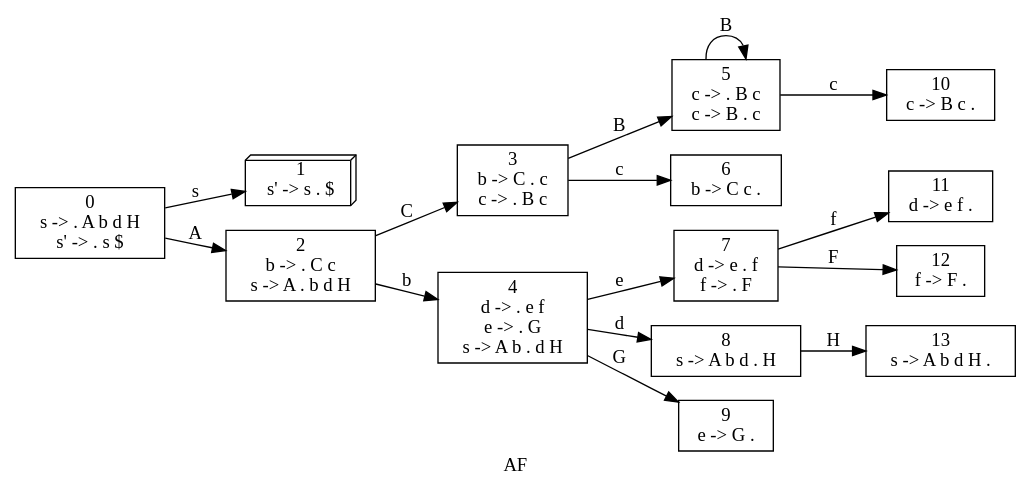
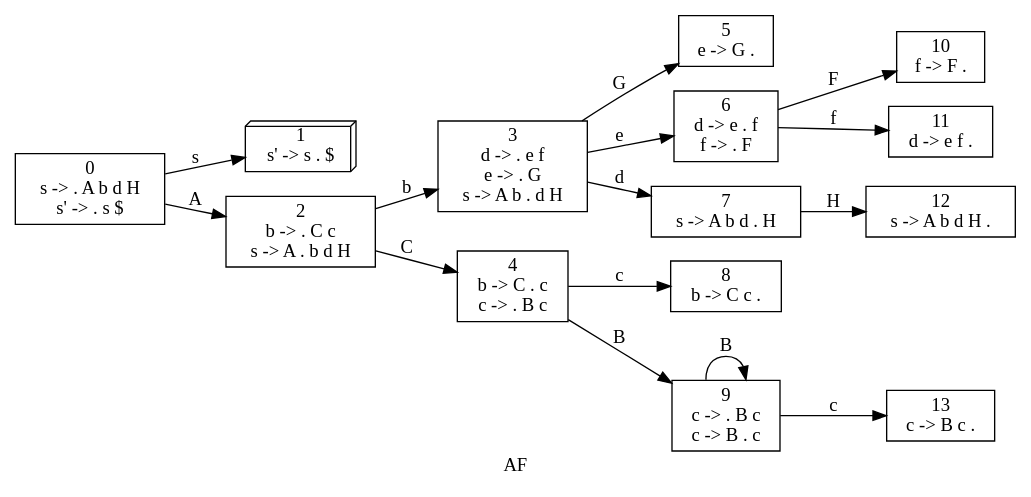
The diagram in LR0/default/LR0_implicit.gv (XaviAlvarado18/Languages_E), drawn with Graphviz before and after one commit. The commit also changed 13 other files, not shown here.

```diff
--- a/LR0/default/LR0_implicit.gv
+++ b/LR0/default/LR0_implicit.gv
@@ -1,54 +1,54 @@
 // LR0
 digraph {
 	rankdir=LR
 	label=AF
 	0 [label="0
 s -> . A b d H
 s' -> . s $" shape=box]
 	1 [label="1
 s' -> s . $" shape=box3d]
 	0 -> 1 [label=s]
 	2 [label="2
 b -> . C c
 s -> A . b d H" shape=box]
 	3 [label="3
-b -> C . c
-c -> . B c" shape=box]
-	5 [label="5
-c -> . B c
-c -> B . c" shape=box]
-	5 -> 5 [label=B]
-	10 [label="10
-c -> B c ." shape=box]
-	5 -> 10 [label=c]
-	3 -> 5 [label=B]
-	6 [label="6
-b -> C c ." shape=box]
-	3 -> 6 [label=c]
-	2 -> 3 [label=C]
-	4 [label="4
 d -> . e f
 e -> . G
 s -> A b . d H" shape=box]
-	7 [label="7
+	5 [label="5
+e -> G ." shape=box]
+	3 -> 5 [label=G]
+	6 [label="6
 d -> e . f
 f -> . F" shape=box]
+	10 [label="10
+f -> F ." shape=box]
+	6 -> 10 [label=F]
 	11 [label="11
 d -> e f ." shape=box]
-	7 -> 11 [label=f]
+	6 -> 11 [label=f]
+	3 -> 6 [label=e]
+	7 [label="7
+s -> A b d . H" shape=box]
 	12 [label="12
-f -> F ." shape=box]
-	7 -> 12 [label=F]
-	4 -> 7 [label=e]
+s -> A b d H ." shape=box]
+	7 -> 12 [label=H]
+	3 -> 7 [label=d]
+	2 -> 3 [label=b]
+	4 [label="4
+b -> C . c
+c -> . B c" shape=box]
 	8 [label="8
-s -> A b d . H" shape=box]
+b -> C c ." shape=box]
+	4 -> 8 [label=c]
+	9 [label="9
+c -> . B c
+c -> B . c" shape=box]
 	13 [label="13
-s -> A b d H ." shape=box]
-	8 -> 13 [label=H]
-	4 -> 8 [label=d]
-	9 [label="9
-e -> G ." shape=box]
-	4 -> 9 [label=G]
-	2 -> 4 [label=b]
+c -> B c ." shape=box]
+	9 -> 13 [label=c]
+	9 -> 9 [label=B]
+	4 -> 9 [label=B]
+	2 -> 4 [label=C]
 	0 -> 2 [label=A]
 }
```
